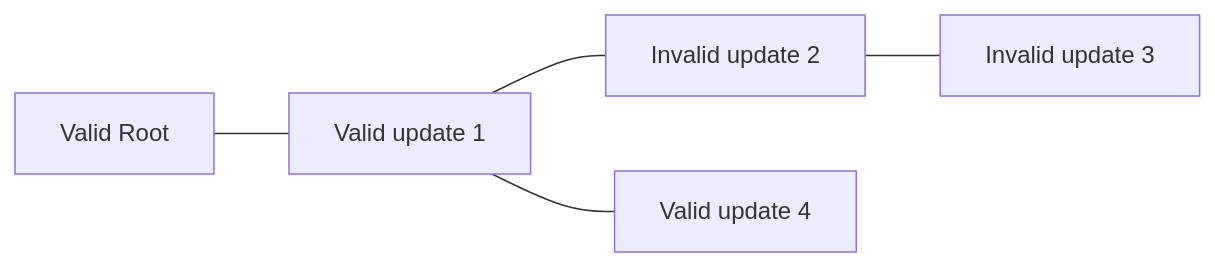
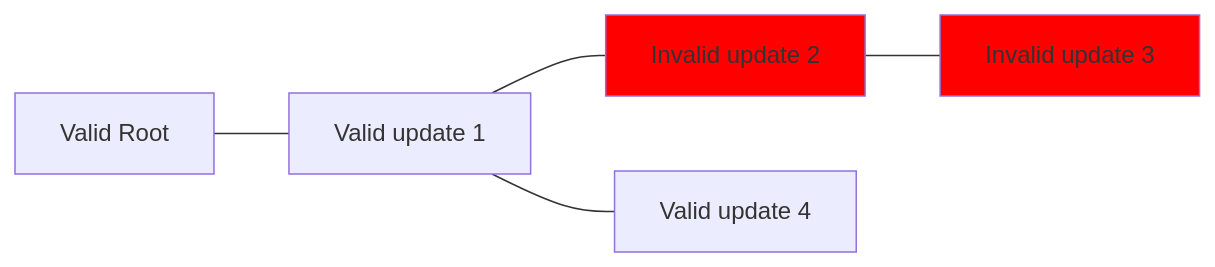
Before and after one commit to input-output-hk/catalyst-libs: the second of 8 diagrams in rust/rbac-registration/examples.md, drawn with Mermaid. The commit also changed other lines of this file, not shown here.

````diff
--- a/rust/rbac-registration/examples.md
+++ b/rust/rbac-registration/examples.md
@@ -38,5 +38,7 @@
 ```mermaid
 flowchart LR
     Root[Valid Root] --- R1[Valid update 1] --- R2[Invalid update 2] --- R3[Invalid update 3]
     R1 --- R4[Valid update 4]
+    style R2 fill: red
+    style R3 fill: red
 ```
````
